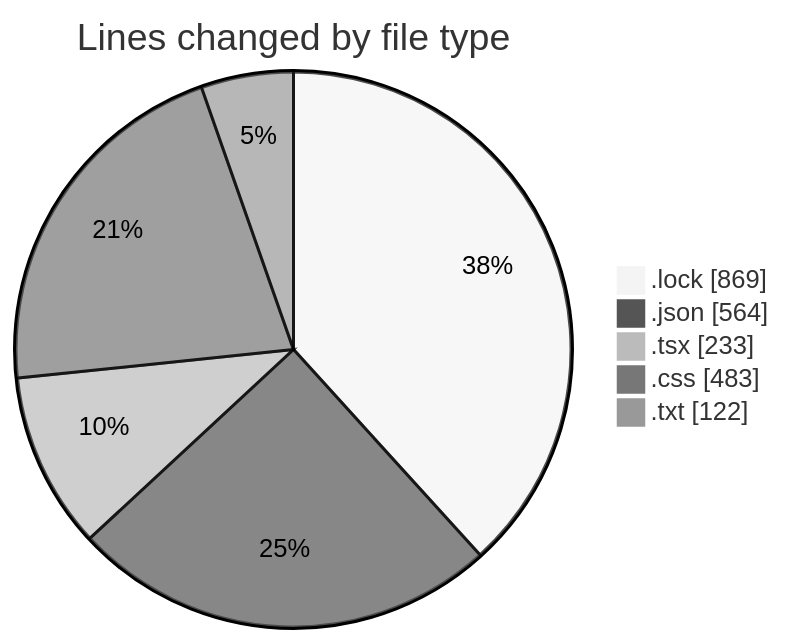
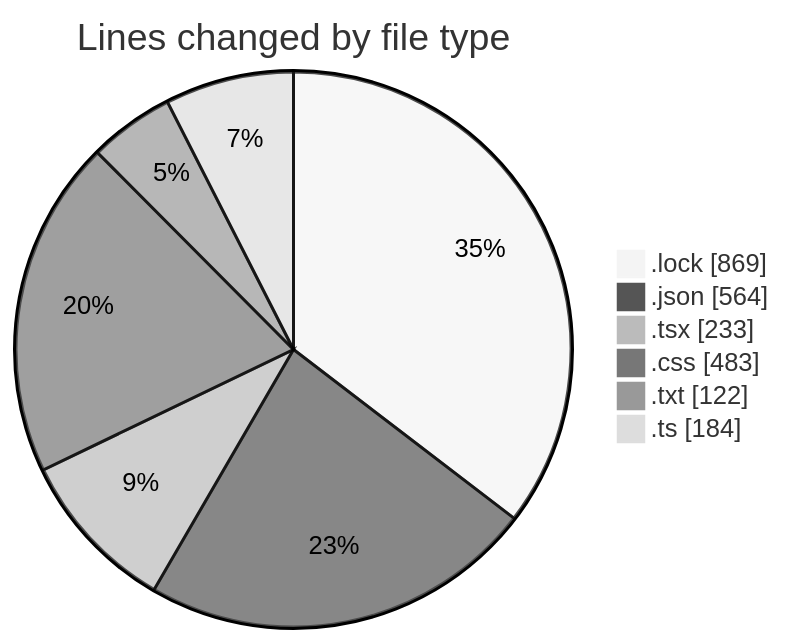
One commit to EIIisD/code-tracking changed the first of 2 diagrams in 2025-07-27/vtuber/README.md. Above: the diagram before and after it, drawn with Mermaid (neutral theme). The commit also changed other lines of this file and 1 other file, not shown here.

````diff
--- a/2025-07-27/vtuber/README.md
+++ b/2025-07-27/vtuber/README.md
@@ -27,9 +28,10 @@
 ```mermaid
 pie showData
 title Lines changed by file type
 ".lock" : 869
 ".json" : 564
 ".tsx" : 233
 ".css" : 483
 ".txt" : 122
+".ts" : 184
 ```
````
